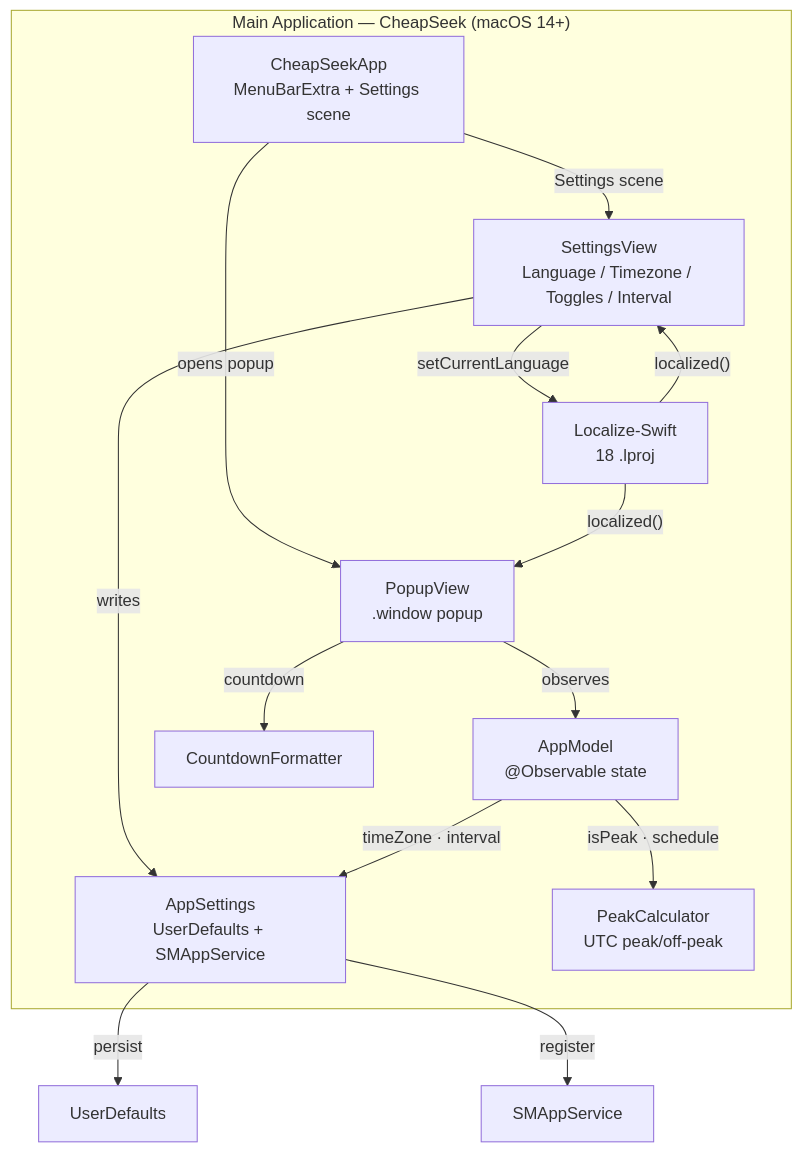
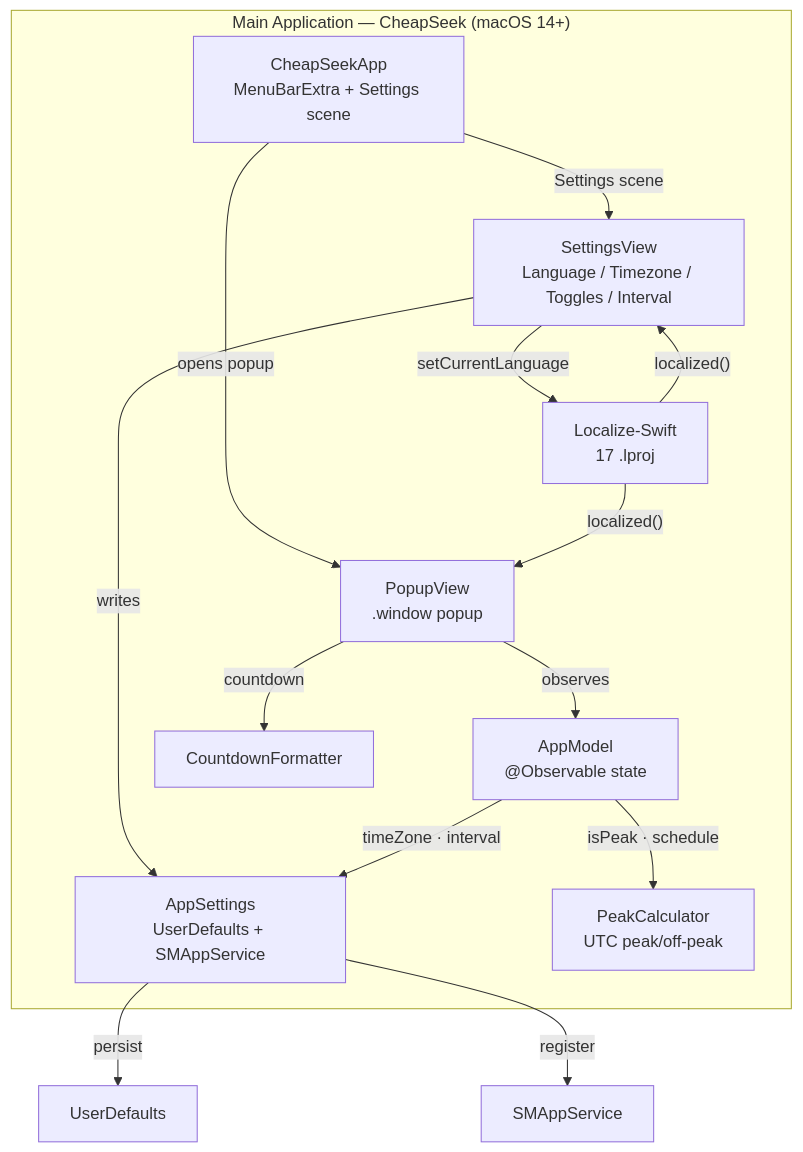
One commit to mahirfatih/cheapseek changed the diagram in README.md. Above: the diagram before and after it, drawn with Mermaid. The commit also changed other lines of this file and 11 other files, not shown here.

Commit message:
Remove the Traditional Chinese localization and update docs and diagrams to 17 languages

````diff
--- a/README.md
+++ b/README.md
@@ -46,26 +46,26 @@
 ```mermaid
 graph TD
     subgraph App["Main Application — CheapSeek (macOS 14+)"]
         Entry["CheapSeekApp<br/>MenuBarExtra + Settings scene"]
         Popup["PopupView<br/>.window popup"]
         Settings["SettingsView<br/>Language / Timezone / Toggles / Interval"]
         Model["AppModel<br/>@Observable state"]
         Config["AppSettings<br/>UserDefaults + SMAppService"]
         Core["PeakCalculator<br/>UTC peak/off-peak"]
         Fmt["CountdownFormatter"]
-        L10n["Localize-Swift<br/>18 .lproj"]
+        L10n["Localize-Swift<br/>17 .lproj"]
     end
 
     Entry -->|"opens popup"| Popup
     Entry -->|"Settings scene"| Settings
     Popup -->|"observes"| Model
     Popup -->|"countdown"| Fmt
     Settings -->|"writes"| Config
     Settings -->|"setCurrentLanguage"| L10n
     Model -->|"isPeak · schedule"| Core
     Model -->|"timeZone · interval"| Config
     Config -->|"persist"| Store["UserDefaults"]
     Config -->|"register"| SM["SMAppService"]
     L10n -->|"localized()"| Popup
     L10n -->|"localized()"| Settings
 ```
````
